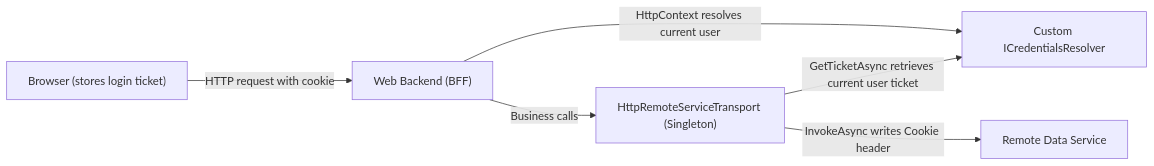
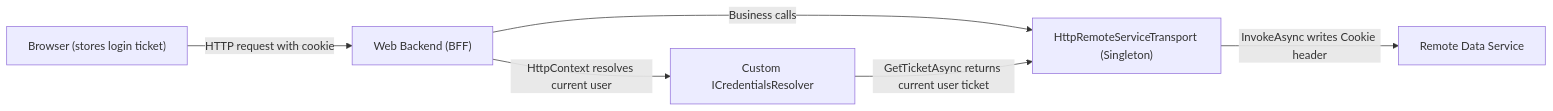
The third of 3 diagrams in docs/03-advanced-topics/09-remote-service.en.md (danjiewu/LiteOrm), drawn with Mermaid before and after one commit. The commit also changed 4 other files, not shown here.

````diff
--- a/docs/03-advanced-topics/09-remote-service.en.md
+++ b/docs/03-advanced-topics/09-remote-service.en.md
@@ -579,8 +579,8 @@
 ```mermaid
 graph LR
     Browser["Browser (stores login ticket)"] -->|HTTP request with cookie| Web["Web Backend (BFF)"]
     Web -->|HttpContext resolves current user| Resolver["Custom ICredentialsResolver"]
     Web -->|Business calls| Transport["HttpRemoteServiceTransport (Singleton)"]
-    Transport -->|GetTicketAsync retrieves current user ticket| Resolver
+    Resolver -->|GetTicketAsync returns current user ticket| Transport
     Transport -->|InvokeAsync writes Cookie header| Remote["Remote Data Service"]
 ```
````
